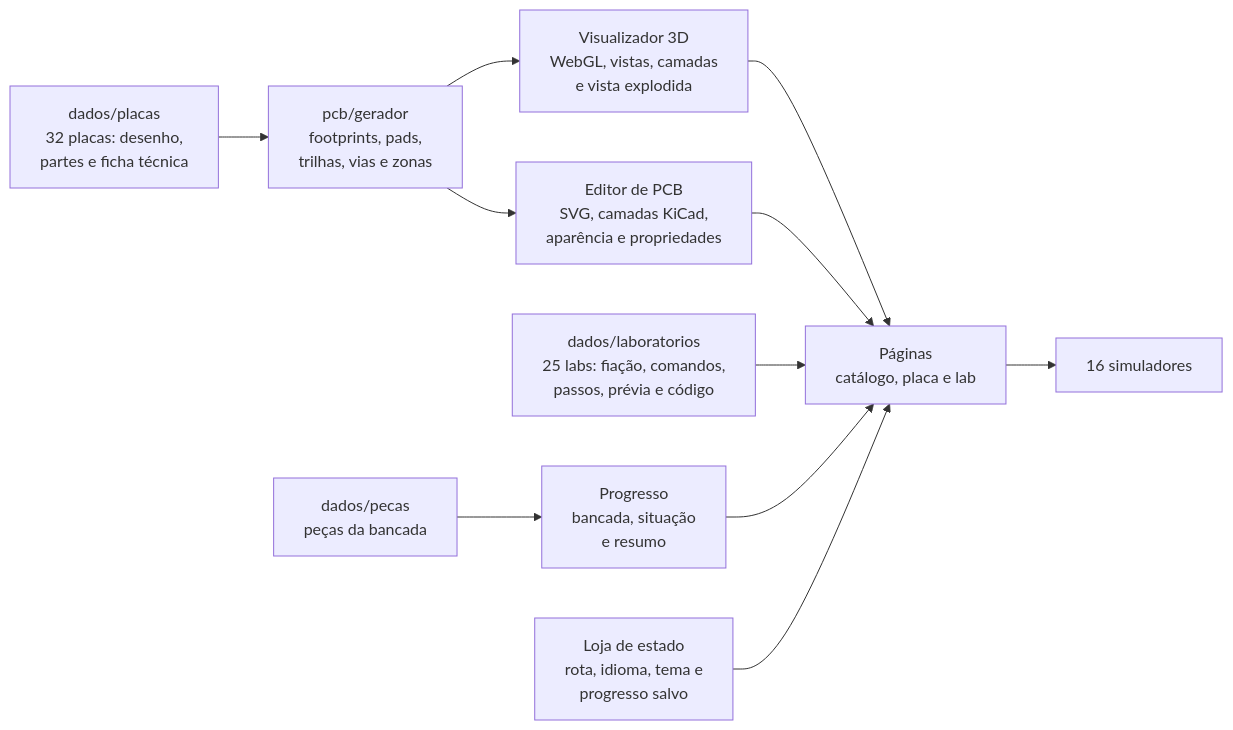
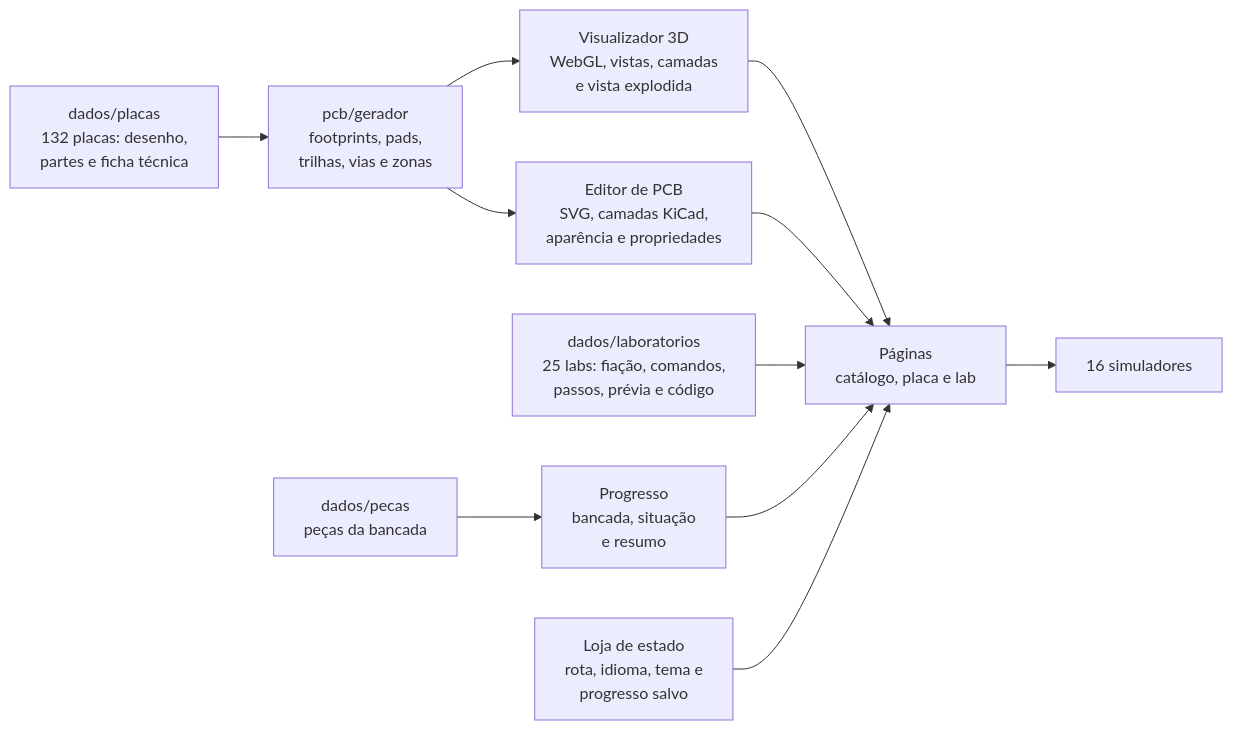
The diagram in README.md (ravelroot/Circuit-Board-Bench-Lab), drawn with Mermaid before and after one commit. The commit also changed other lines of this file and 36 other files, not shown here.

````diff
--- a/README.md
+++ b/README.md
@@ -96,13 +98,13 @@
 ```mermaid
 flowchart LR
-    PLACAS["dados/placas<br/>32 placas: desenho,<br/>partes e ficha técnica"] --> PCB["pcb/gerador<br/>footprints, pads,<br/>trilhas, vias e zonas"]
+    PLACAS["dados/placas<br/>132 placas: desenho,<br/>partes e ficha técnica"] --> PCB["pcb/gerador<br/>footprints, pads,<br/>trilhas, vias e zonas"]
     PCB --> VISOR["Visualizador 3D<br/>WebGL, vistas, camadas<br/>e vista explodida"]
     PCB --> EDITOR["Editor de PCB<br/>SVG, camadas KiCad,<br/>aparência e propriedades"]
     EDITOR --> PAGINAS
     LABS["dados/laboratorios<br/>25 labs: fiação, comandos,<br/>passos, prévia e código"] --> PAGINAS["Páginas<br/>catálogo, placa e lab"]
     PECAS["dados/pecas<br/>peças da bancada"] --> PROG["Progresso<br/>bancada, situação<br/>e resumo"]
     PROG --> PAGINAS
     VISOR --> PAGINAS
     LOJA["Loja de estado<br/>rota, idioma, tema e<br/>progresso salvo"] --> PAGINAS
     PAGINAS --> SIM["16 simuladores"]
 ```
````
